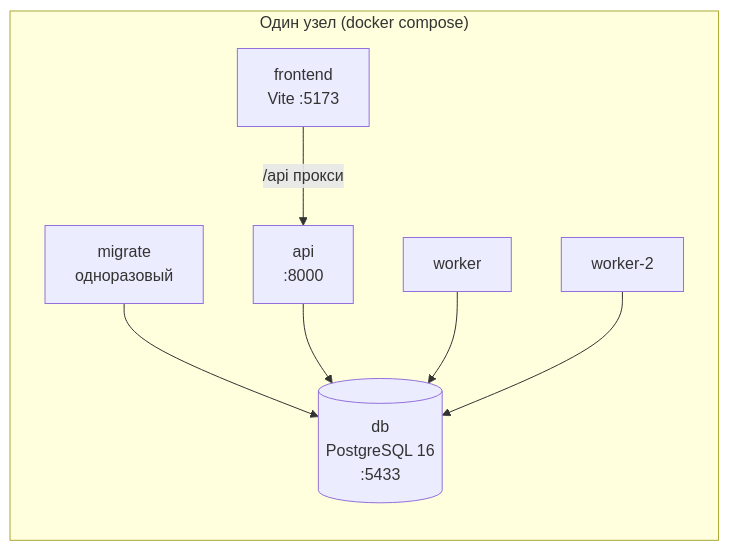
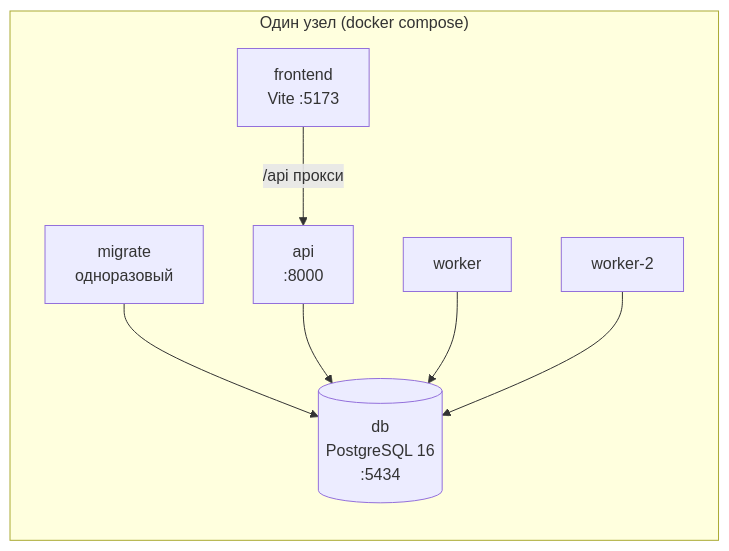
Before and after one commit to tolstosheev/workflow-engine: the third of 3 diagrams in docs/ARCHITECTURE.md, drawn with Mermaid. The commit also changed 7 other files, not shown here.

````diff
--- a/docs/ARCHITECTURE.md
+++ b/docs/ARCHITECTURE.md
@@ -204,17 +204,17 @@
 ```mermaid
 flowchart LR
     subgraph host["Один узел (docker compose)"]
-        DB[("db<br/>PostgreSQL 16<br/>:5433")]
+        DB[("db<br/>PostgreSQL 16<br/>:5434")]
         MIG["migrate<br/>одноразовый"]
         API["api<br/>:8000"]
         W1["worker"]
         W2["worker-2"]
         FE["frontend<br/>Vite :5173"]
     end
 
     MIG --> DB
     API --> DB
     W1 --> DB
     W2 --> DB
     FE -->|"/api прокси"| API
 ```
````
